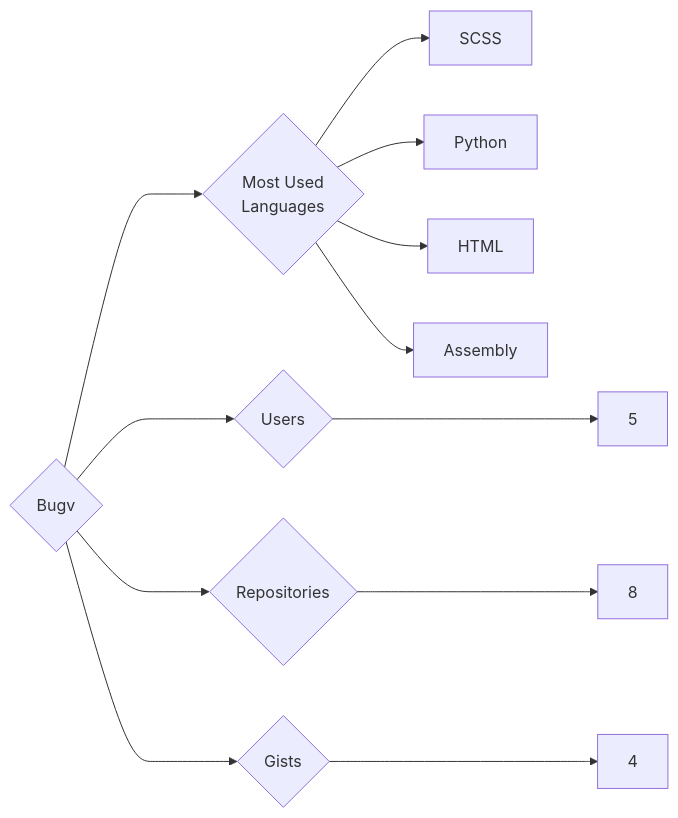
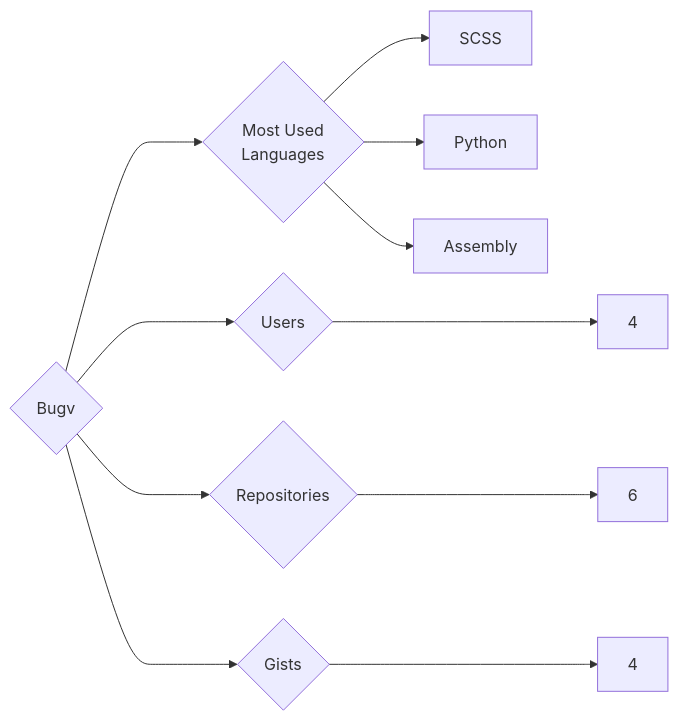
The diagram in targets/Bugv/README.md (trickest/insiders), drawn with Mermaid before and after one commit. The commit also changed 1141 other files, not shown here.

````diff
--- a/targets/Bugv/README.md
+++ b/targets/Bugv/README.md
@@ -3,12 +3,11 @@
 ```mermaid
 graph LR
 COMPANY_NAME{Bugv}
-COMPANY_NAME ---> U{Users} ---> UN[5]
-COMPANY_NAME ---> R{Repositories} ---> RN[8]
+COMPANY_NAME ---> U{Users} ---> UN[4]
+COMPANY_NAME ---> R{Repositories} ---> RN[6]
 COMPANY_NAME ---> G{Gists} ---> GN[4]
 COMPANY_NAME ---> ML{Most Used<br>Languages}
 ML --> SCSS[SCSS]
 ML --> Python[Python]
-ML --> HTML[HTML]
 ML --> Assembly[Assembly]
 ```
````
